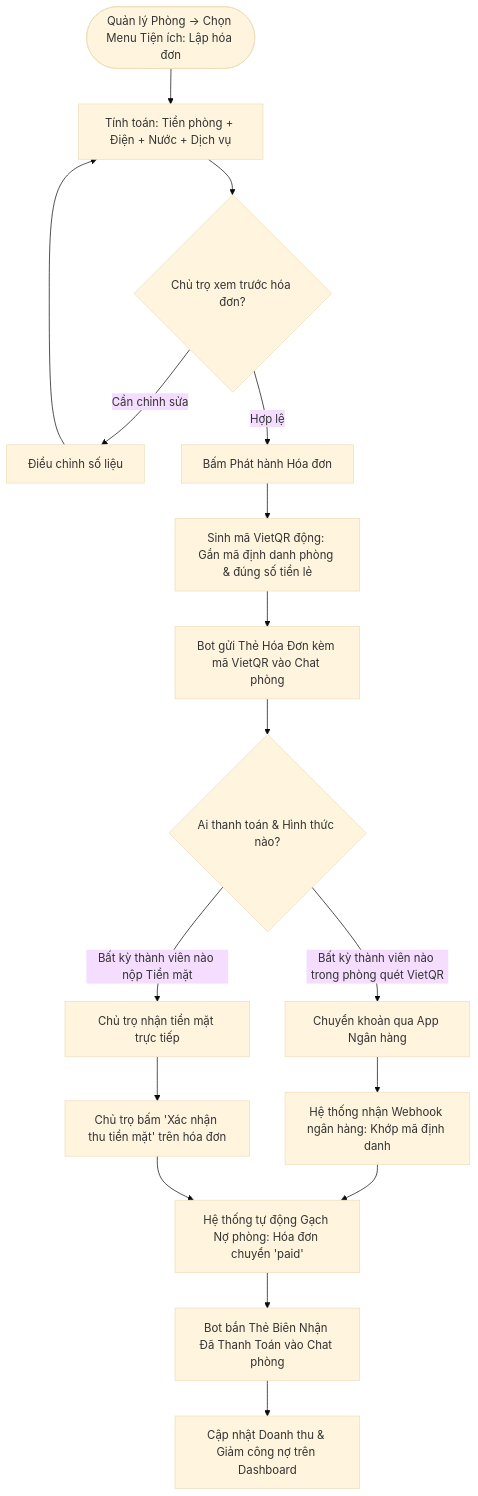
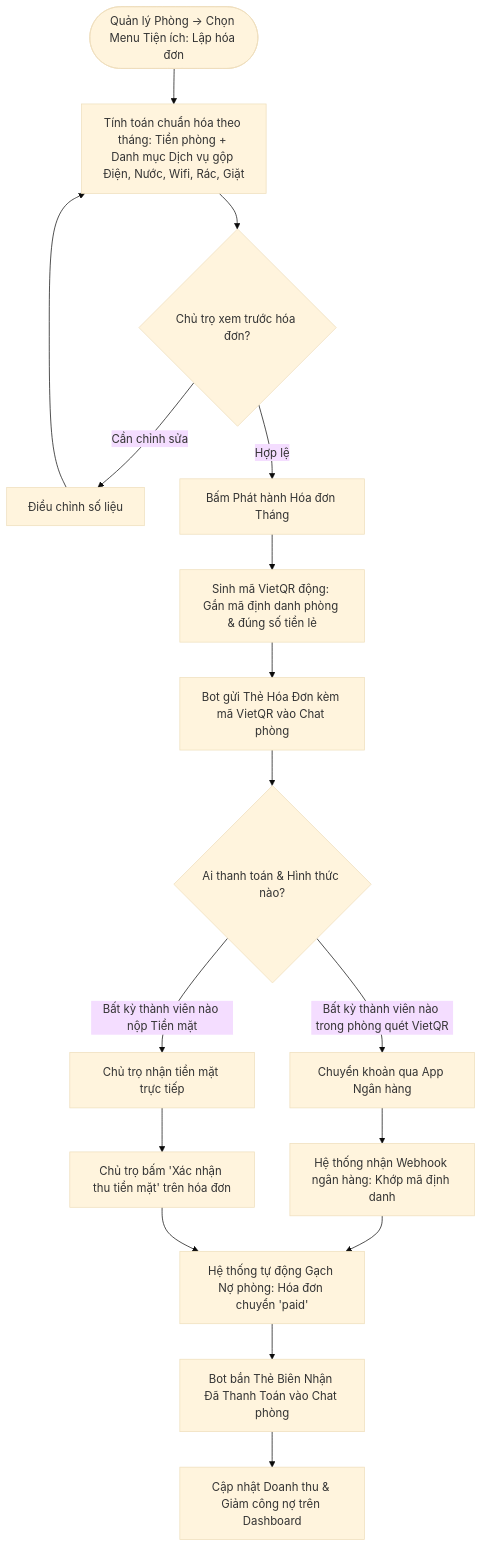
The sixth of 9 diagrams in phase-1/discovery/user_flow/landlord_user_flow.md (pbl6-home-renter/docs), drawn with Mermaid (base theme) before and after one commit. The commit also changed other lines of this file and 3 other files, not shown here.

````diff
--- a/phase-1/discovery/user_flow/landlord_user_flow.md
+++ b/phase-1/discovery/user_flow/landlord_user_flow.md
@@ -150,26 +177,26 @@
 ```mermaid
 flowchart TD
-    StartInvoice([Quản lý Phòng -> Chọn Menu Tiện ích: Lập hóa đơn]) --> CalcAmount[Tính toán: Tiền phòng + Điện + Nước + Dịch vụ]
+    StartInvoice([Quản lý Phòng -> Chọn Menu Tiện ích: Lập hóa đơn]) --> CalcAmount[Tính toán chuẩn hóa theo tháng: Tiền phòng + Danh mục Dịch vụ gộp Điện, Nước, Wifi, Rác, Giặt]
     CalcAmount --> ReviewBill{Chủ trọ xem trước hóa đơn?}
     
     ReviewBill -->|Cần chỉnh sửa| EditBill[Điều chỉnh số liệu] --> CalcAmount
-    ReviewBill -->|Hợp lệ| PublishBill[Bấm Phát hành Hóa đơn]
+    ReviewBill -->|Hợp lệ| PublishBill[Bấm Phát hành Hóa đơn Tháng]
     
     PublishBill --> GenQR[Sinh mã VietQR động: Gắn mã định danh phòng & đúng số tiền lẻ]
     GenQR --> BotSendBill[Bot gửi Thẻ Hóa Đơn kèm mã VietQR vào Chat phòng]
     
     BotSendBill --> PayMethod{Ai thanh toán & Hình thức nào?}
     
     %% Bất kỳ ai quét VietQR
     PayMethod -->|Bất kỳ thành viên nào trong phòng quét VietQR| BankTransfer[Chuyển khoản qua App Ngân hàng]
     BankTransfer --> WebhookReconcile[Hệ thống nhận Webhook ngân hàng: Khớp mã định danh]
     WebhookReconcile --> AutoGachNo[Hệ thống tự động Gạch Nợ phòng: Hóa đơn chuyển 'paid']
     
     %% Bất kỳ ai nộp tiền mặt
     PayMethod -->|Bất kỳ thành viên nào nộp Tiền mặt| CashPay[Chủ trọ nhận tiền mặt trực tiếp]
     CashPay --> ConfirmCashBtn[Chủ trọ bấm 'Xác nhận thu tiền mặt' trên hóa đơn]
     ConfirmCashBtn --> AutoGachNo
     
     AutoGachNo --> BotReceipt[Bot bắn Thẻ Biên Nhận Đã Thanh Toán vào Chat phòng]
     BotReceipt --> UpdateFinDash[Cập nhật Doanh thu & Giảm công nợ trên Dashboard]
 ```
````
